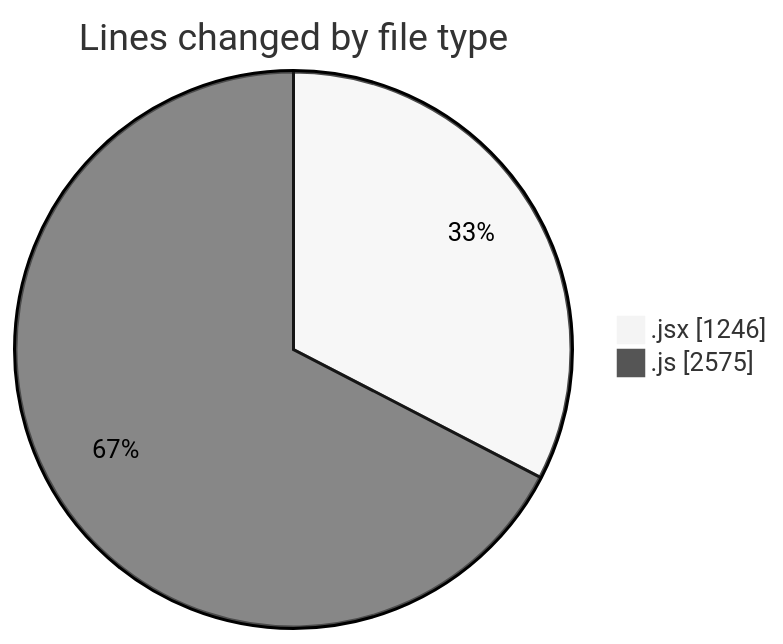
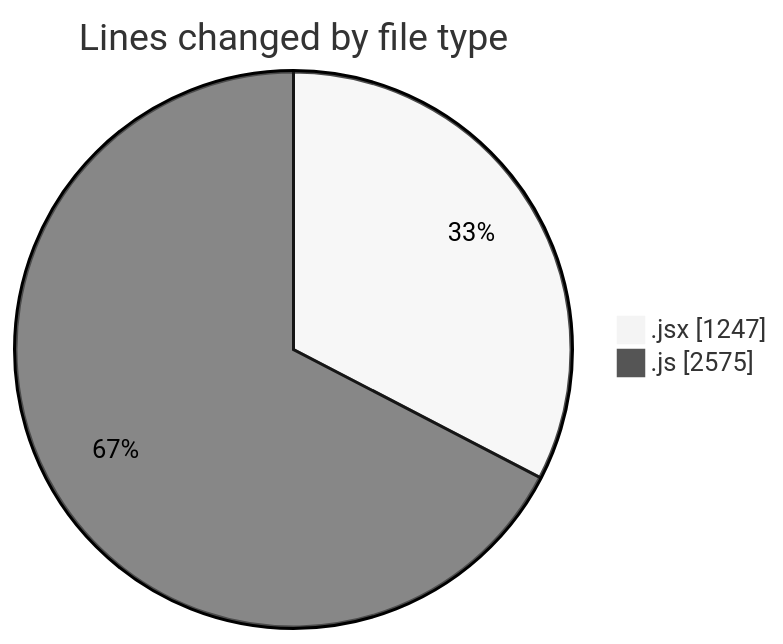
One commit to nxtqubesakshisongat/code-tracking changed the first of 2 diagrams in 2025-07-25/nxtqube_webapp/README.md. Above: the diagram before and after it, drawn with Mermaid (neutral theme). The commit also changed other lines of this file and 1 other file, not shown here.

````diff
--- a/2025-07-25/nxtqube_webapp/README.md
+++ b/2025-07-25/nxtqube_webapp/README.md
@@ -33,6 +33,6 @@
 ```mermaid
 pie showData
 title Lines changed by file type
-".jsx" : 1246
+".jsx" : 1247
 ".js" : 2575
 ```
````
